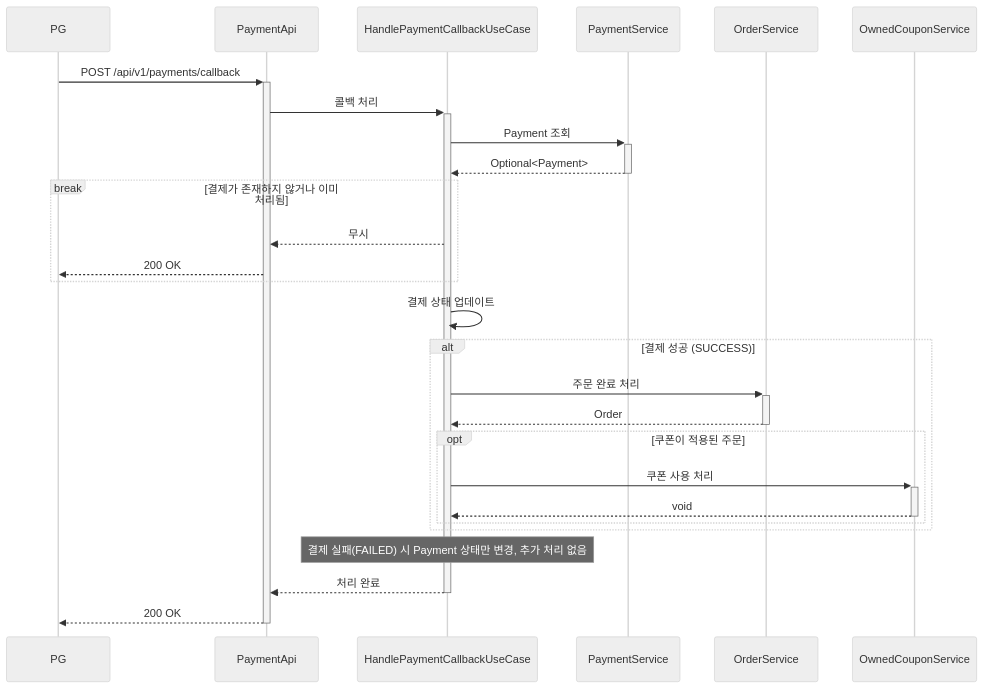
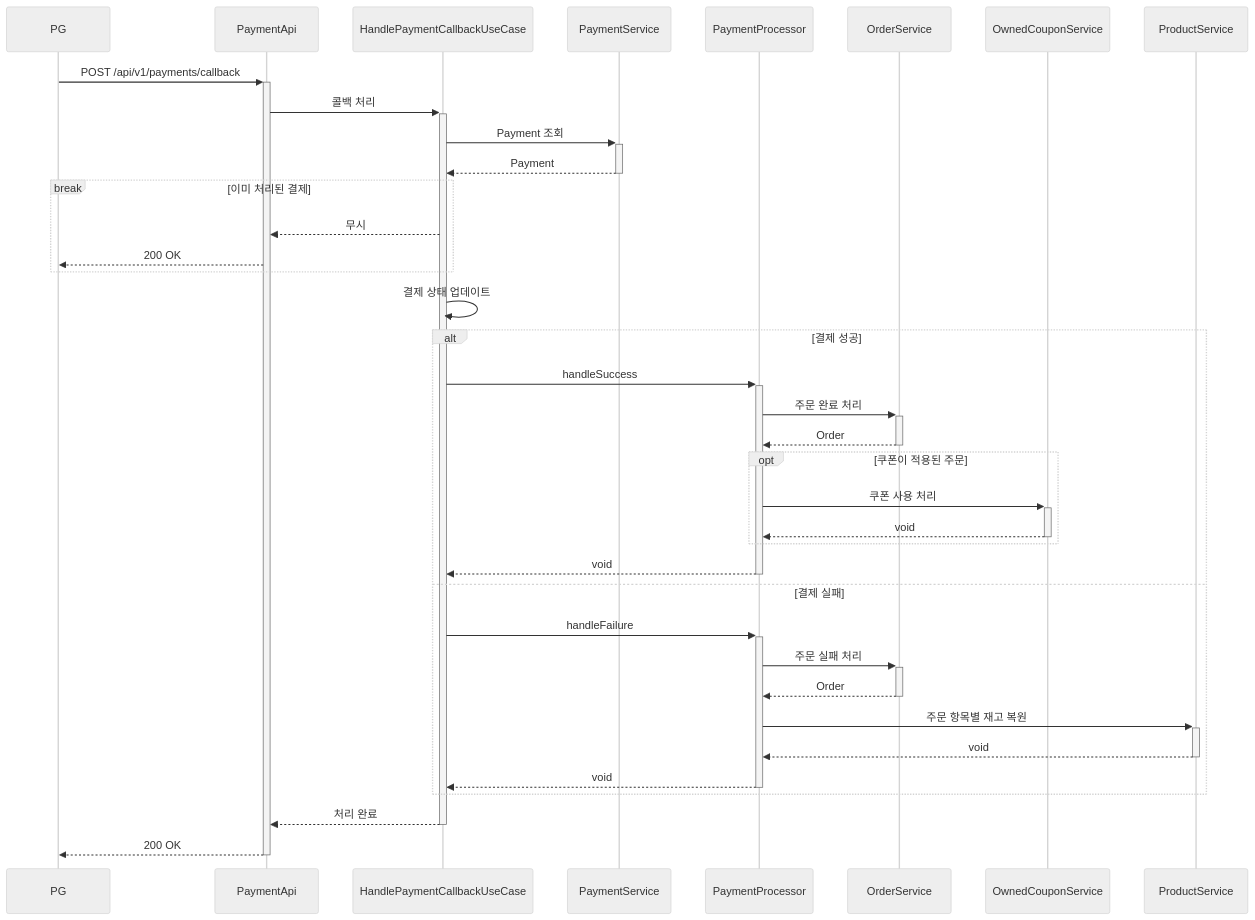
One commit to Loopers-dev-lab/loop-pack-be-l2-vol3-java changed diagram 33 of 33 in .docs/design/02-sequence-diagrams.md. Above: the diagram before and after it, drawn with Mermaid (neutral theme). The commit also changed other lines of this file and 1 other file, not shown here.

Commit message:
docs: 결제 시퀀스 다이어그램 현행화 및 상태 머신 다이어그램 추가

````diff
--- a/.docs/design/02-sequence-diagrams.md
+++ b/.docs/design/02-sequence-diagrams.md
@@ -1121,37 +1124,48 @@
 ```mermaid
 sequenceDiagram
     participant PG
     participant PaymentApi
     participant HandlePaymentCallbackUseCase
     participant PaymentService
+    participant PaymentProcessor
     participant OrderService
     participant OwnedCouponService
+    participant ProductService
 
     PG ->>+ PaymentApi: POST /api/v1/payments/callback
     PaymentApi ->>+ HandlePaymentCallbackUseCase: 콜백 처리
 
     HandlePaymentCallbackUseCase ->>+ PaymentService: Payment 조회
-    PaymentService -->>- HandlePaymentCallbackUseCase: Optional<Payment>
+    PaymentService -->>- HandlePaymentCallbackUseCase: Payment
 
-    break 결제가 존재하지 않거나 이미 처리됨
+    break 이미 처리된 결제
         HandlePaymentCallbackUseCase -->> PaymentApi: 무시
         PaymentApi -->> PG: 200 OK
     end
 
     HandlePaymentCallbackUseCase ->> HandlePaymentCallbackUseCase: 결제 상태 업데이트
 
-    alt 결제 성공 (SUCCESS)
-        HandlePaymentCallbackUseCase ->>+ OrderService: 주문 완료 처리
-        OrderService -->>- HandlePaymentCallbackUseCase: Order
+    alt 결제 성공
+        HandlePaymentCallbackUseCase ->>+ PaymentProcessor: handleSuccess
+        PaymentProcessor ->>+ OrderService: 주문 완료 처리
+        OrderService -->>- PaymentProcessor: Order
 
         opt 쿠폰이 적용된 주문
-            HandlePaymentCallbackUseCase ->>+ OwnedCouponService: 쿠폰 사용 처리
-            OwnedCouponService -->>- HandlePaymentCallbackUseCase: void
+            PaymentProcessor ->>+ OwnedCouponService: 쿠폰 사용 처리
+            OwnedCouponService -->>- PaymentProcessor: void
         end
+        PaymentProcessor -->>- HandlePaymentCallbackUseCase: void
+
+    else 결제 실패
+        HandlePaymentCallbackUseCase ->>+ PaymentProcessor: handleFailure
+        PaymentProcessor ->>+ OrderService: 주문 실패 처리
+        OrderService -->>- PaymentProcessor: Order
+
+        PaymentProcessor ->>+ ProductService: 주문 항목별 재고 복원
+        ProductService -->>- PaymentProcessor: void
+        PaymentProcessor -->>- HandlePaymentCallbackUseCase: void
     end
-
-    Note over HandlePaymentCallbackUseCase: 결제 실패(FAILED) 시 Payment 상태만 변경, 추가 처리 없음
 
     HandlePaymentCallbackUseCase -->>- PaymentApi: 처리 완료
     PaymentApi -->>- PG: 200 OK
 ```
````
